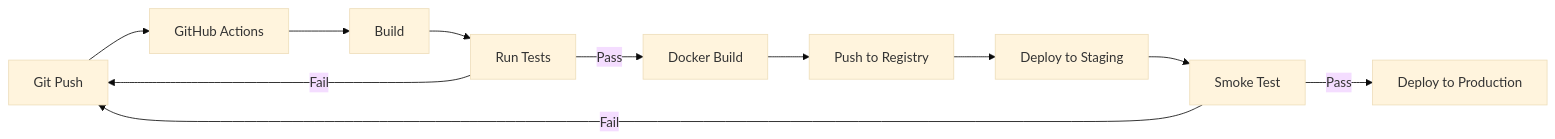
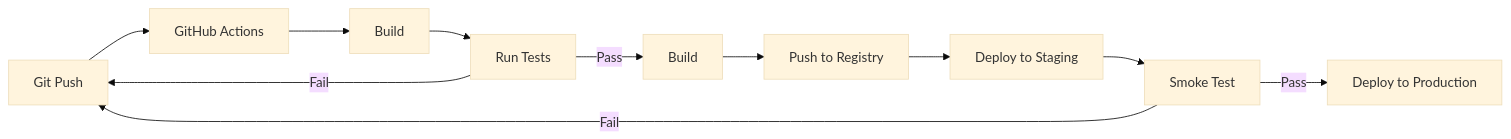
Before and after one commit to nghiaxh/hr-management: the seventh of 7 diagrams in docs/PP.md, drawn with Mermaid (base theme). The commit also changed other lines of this file and 2 other files, not shown here.

Commit message:
docs: remove Docker references from design documents

````diff
--- a/docs/PP.md
+++ b/docs/PP.md
@@ -532,13 +532,13 @@
 ```mermaid
 graph LR
     A[Git Push] --> B[GitHub Actions]
     B --> C[Build]
     C --> D[Run Tests]
-    D -->|Pass| E[Docker Build]
+    D -->|Pass| E[Build]
     D -->|Fail| A
     E --> F[Push to Registry]
     F --> G[Deploy to Staging]
     G --> H[Smoke Test]
     H -->|Pass| I[Deploy to Production]
     H -->|Fail| A
 ```
````
